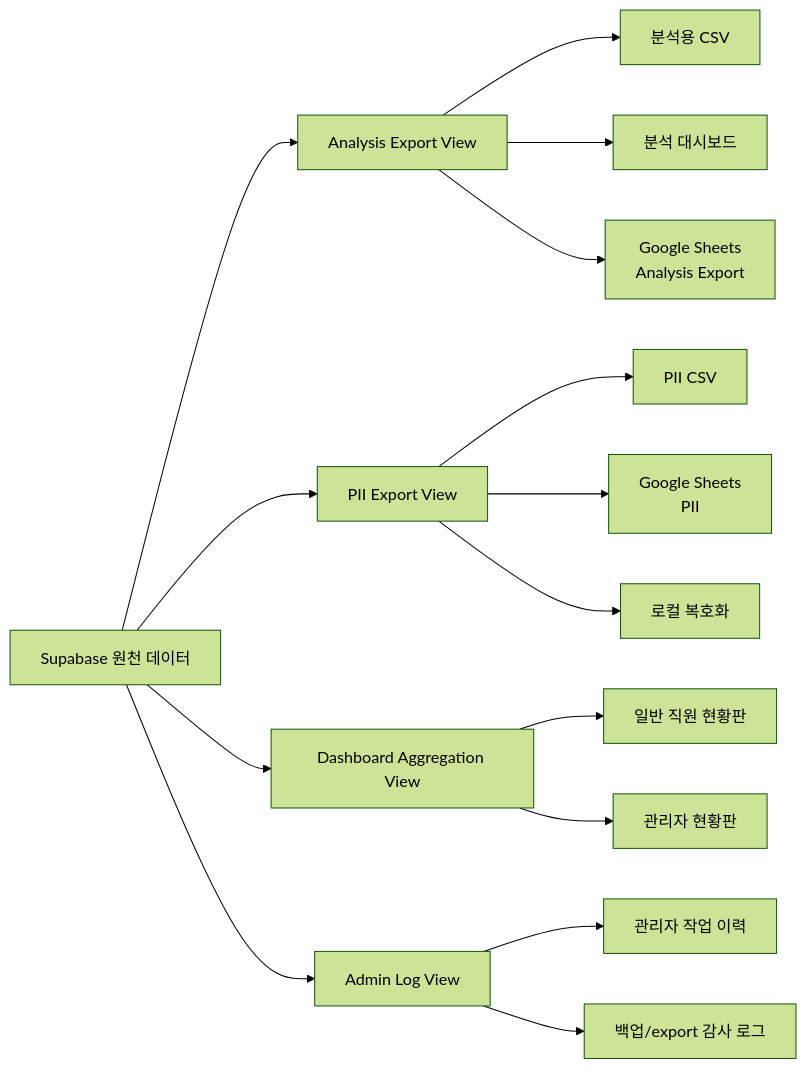
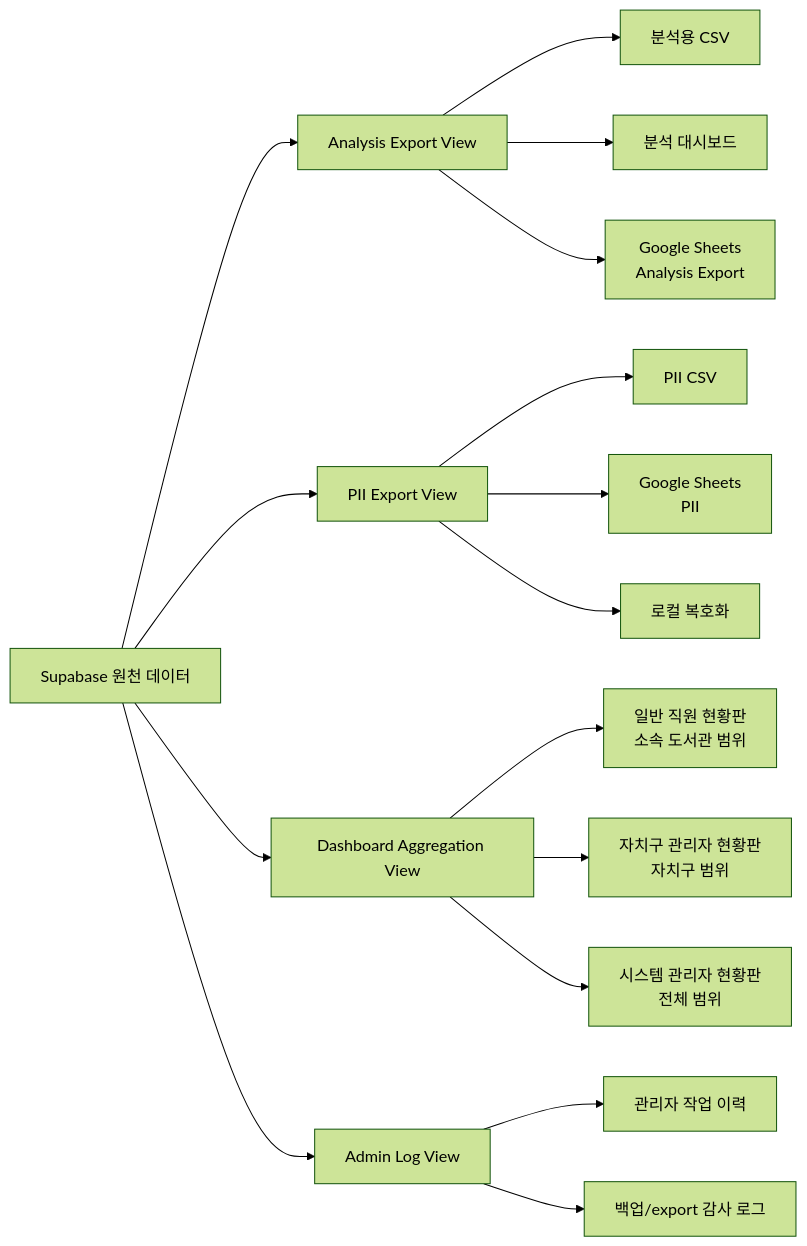
One commit to FiveEastRoot/LIBanalysis_2026_survey changed the fourth of 5 diagrams in docs/survey-form-storage-architecture.md. Above: the diagram before and after it, drawn with Mermaid (forest theme). The commit also changed other lines of this file and 1 other file, not shown here.

````diff
--- a/docs/survey-form-storage-architecture.md
+++ b/docs/survey-form-storage-architecture.md
@@ -180,21 +211,22 @@
 ```mermaid
 flowchart LR
     A["Supabase 원천 데이터"] --> B["Analysis Export View"]
     A --> C["PII Export View"]
     A --> D["Dashboard Aggregation View"]
     A --> E["Admin Log View"]
 
     B --> B1["분석용 CSV"]
     B --> B2["분석 대시보드"]
     B --> B3["Google Sheets<br/>Analysis Export"]
 
     C --> C1["PII CSV"]
     C --> C2["Google Sheets<br/>PII"]
     C --> C3["로컬 복호화"]
 
-    D --> D1["일반 직원 현황판"]
-    D --> D2["관리자 현황판"]
+    D --> D1["일반 직원 현황판<br/>소속 도서관 범위"]
+    D --> D2["자치구 관리자 현황판<br/>자치구 범위"]
+    D --> D3["시스템 관리자 현황판<br/>전체 범위"]
 
     E --> E1["관리자 작업 이력"]
     E --> E2["백업/export 감사 로그"]
 ```
````
